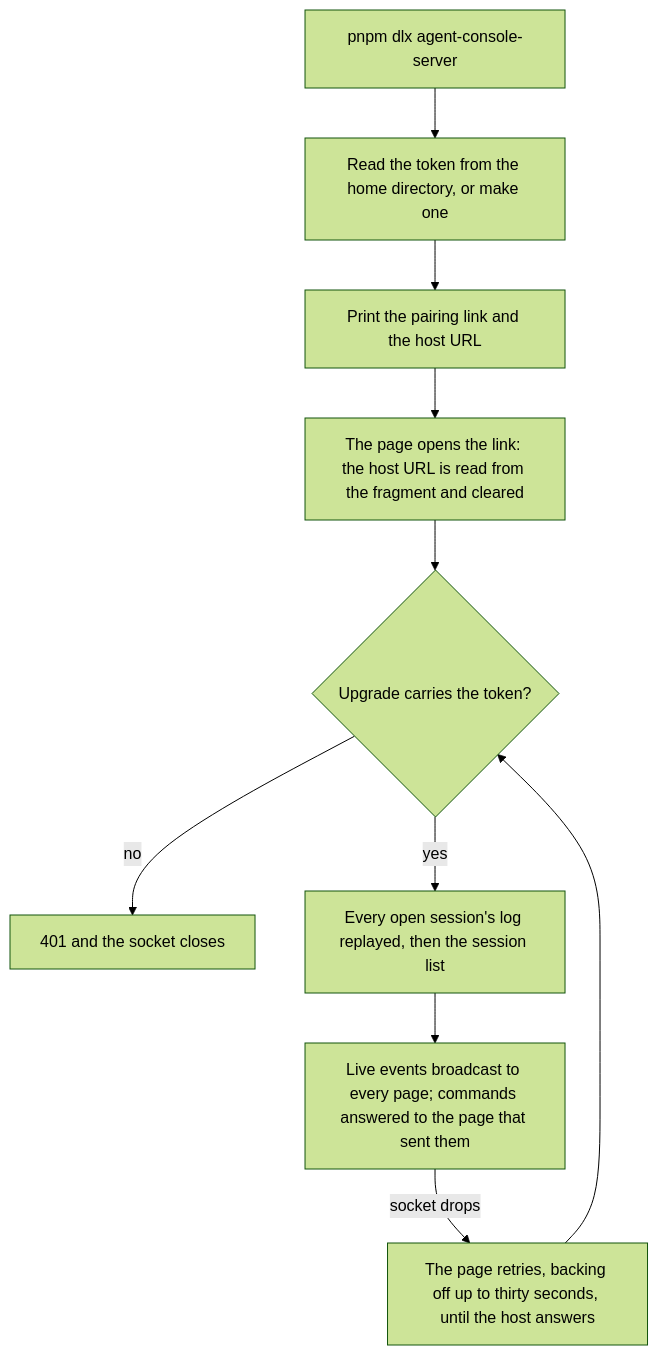
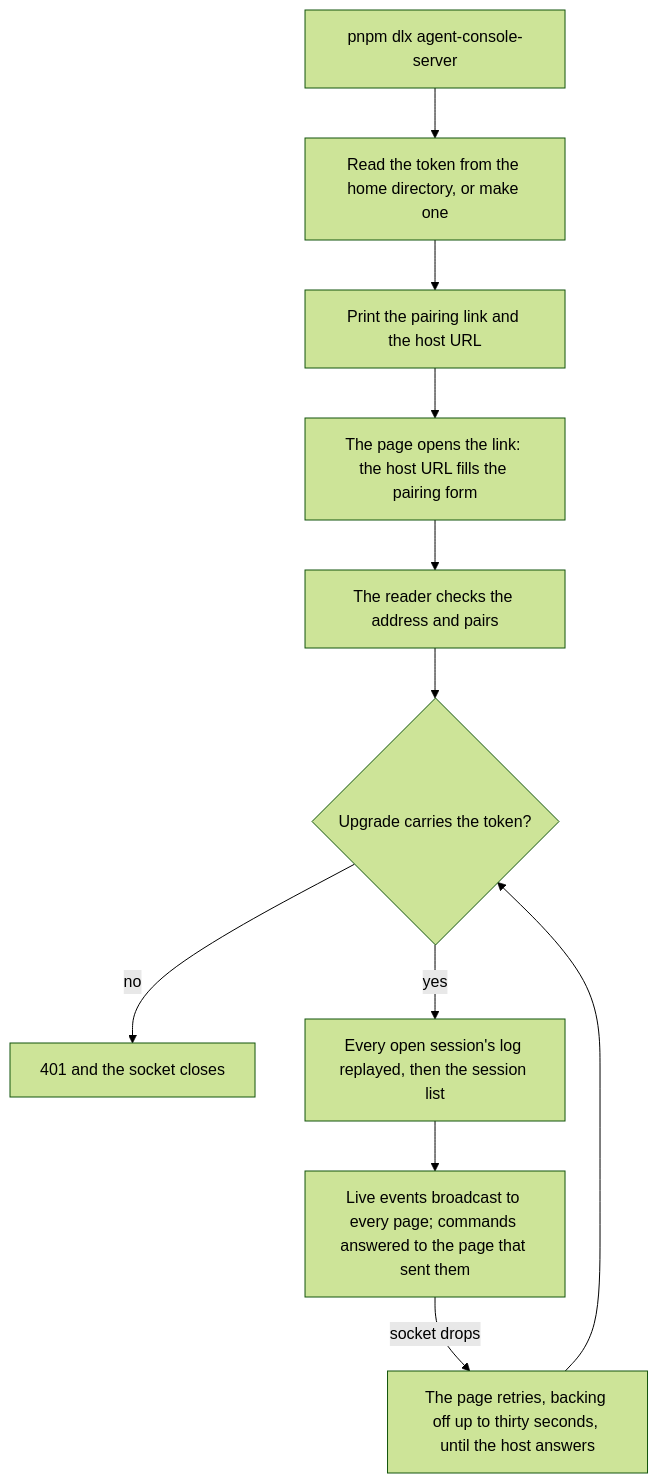
One commit to Esposter/Esposter changed the diagram in apps/web/content/docs/infra/claude-interface/agent-console/host.md. Above: the diagram before and after it, drawn with Mermaid (forest theme). The commit also changed other lines of this file and 4 other files, not shown here.

First line of the commit message:
fix(agent-console): a pairing link fills the form rather than pairing on its own

````diff
--- a/apps/web/content/docs/infra/claude-interface/agent-console/host.md
+++ b/apps/web/content/docs/infra/claude-interface/agent-console/host.md
@@ -12,12 +12,13 @@
 ```mermaid
 flowchart TD
   Start[pnpm dlx agent-console-server] --> Token[Read the token from the home directory, or make one]
   Token --> Print[Print the pairing link and the host URL]
-  Print --> Open[The page opens the link: the host URL is read from the fragment and cleared]
-  Open --> Upgrade{Upgrade carries the token?}
+  Print --> Open[The page opens the link: the host URL fills the pairing form]
+  Open --> Pair[The reader checks the address and pairs]
+  Pair --> Upgrade{Upgrade carries the token?}
   Upgrade -->|no| Refuse[401 and the socket closes]
   Upgrade -->|yes| Replay[Every open session's log replayed, then the session list]
   Replay --> Live[Live events broadcast to every page; commands answered to the page that sent them]
   Live -->|socket drops| Retry[The page retries, backing off up to thirty seconds, until the host answers]
   Retry --> Upgrade
 ```
````
